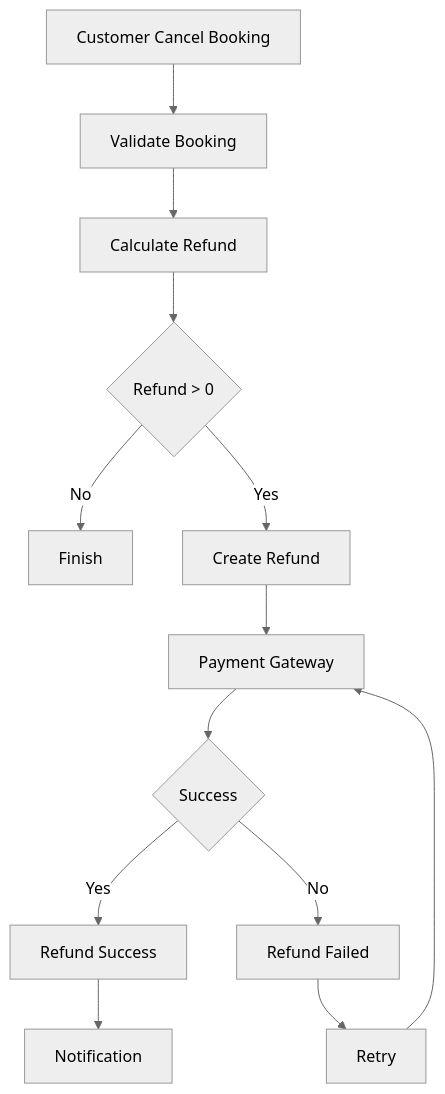
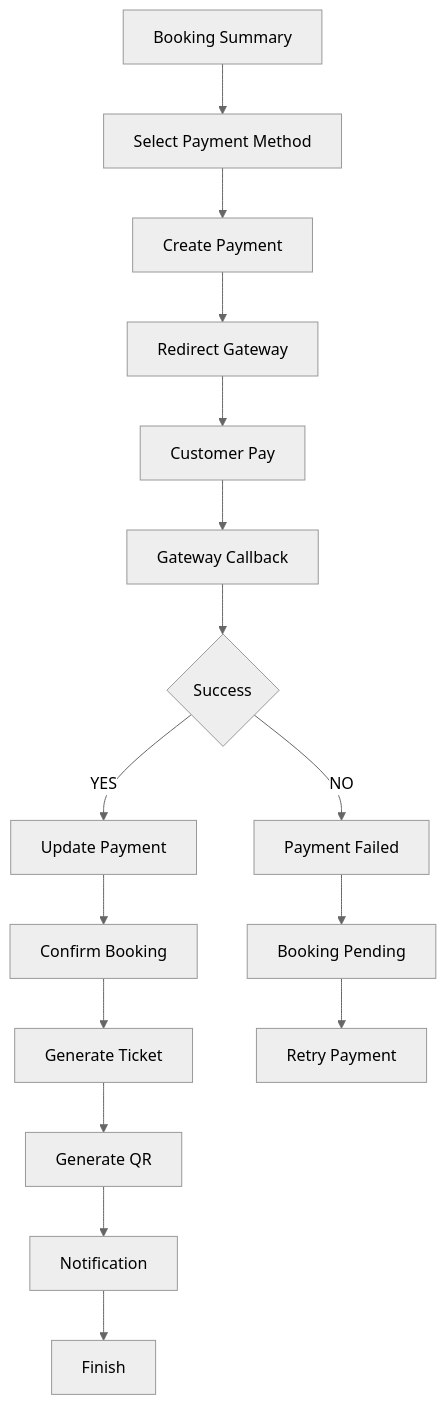
One commit to thanhtri-ba/BuszDocument changed the first of 2 diagrams in 01_Business/07_Payment_Process.md. Above: the diagram before and after it, drawn with Mermaid (neutral theme). The commit also changed other lines of this file and 13 other files, not shown here.

````diff
--- a/01_Business/07_Payment_Process.md
+++ b/01_Business/07_Payment_Process.md
@@ -87,39 +100,47 @@
 ```mermaid
 flowchart TD
 
-A[Customer Cancel Booking]
+A[Booking Summary]
 
 -->
 
-B[Validate Booking]
+B[Select Payment Method]
 
 -->
 
-C[Calculate Refund]
+C[Create Payment]
 
 -->
 
-D{Refund > 0}
-
-D -->|No| E[Finish]
-
-D -->|Yes| F[Create Refund]
+D[Redirect Gateway]
 
 -->
 
-G[Payment Gateway]
+E[Customer Pay]
 
 -->
 
-H{Success}
+F[Gateway Callback]
 
-H -->|Yes| I[Refund Success]
+-->
 
-H -->|No| J[Refund Failed]
+G{Success}
 
-I --> K[Notification]
+G -->|YES| H[Update Payment]
 
-J --> L[Retry]
+H --> I[Confirm Booking]
 
-L --> G
+I --> J[Generate Ticket]
+
+J --> K[Generate QR]
+
+K --> L[Notification]
+
+L --> M[Finish]
+
+G -->|NO| N[Payment Failed]
+
+N --> O[Booking Pending]
+
+O --> P[Retry Payment]
 ```
````
